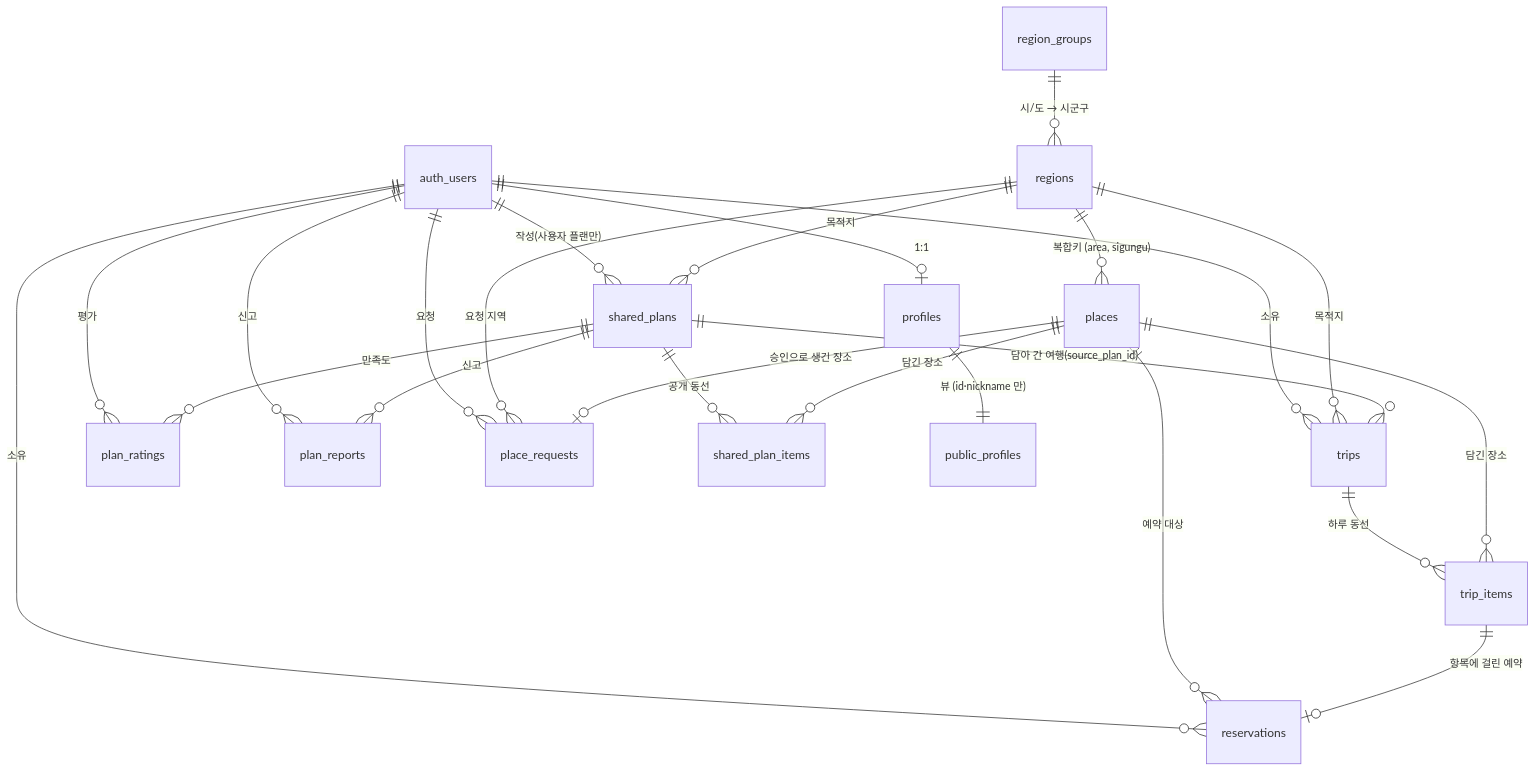
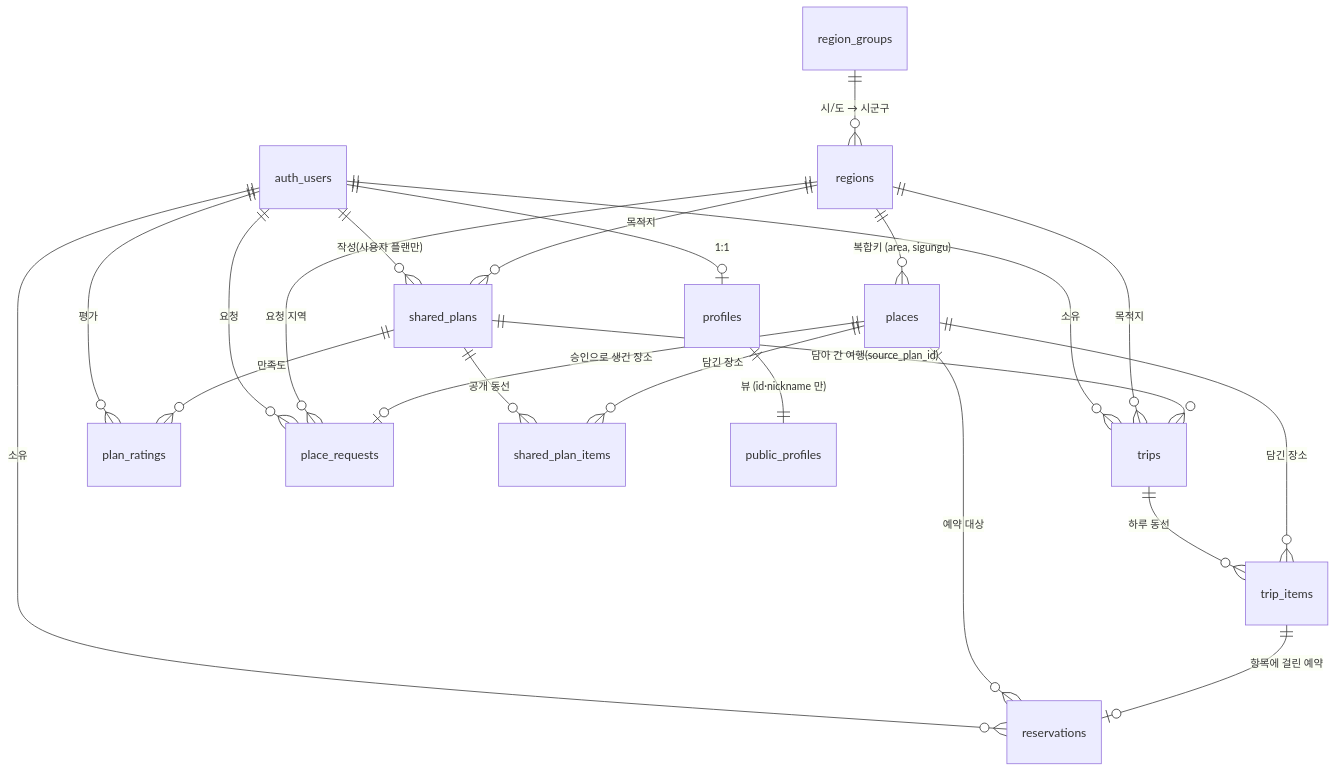
Before and after one commit to wisecomm/oneday-trip: the diagram in supabase/DATA-MODEL.md, drawn with Mermaid. The commit also changed other lines of this file and 9 other files, not shown here.

````diff
--- a/supabase/DATA-MODEL.md
+++ b/supabase/DATA-MODEL.md
@@ -18,30 +18,28 @@
 ```mermaid
 erDiagram
     auth_users ||--o| profiles : "1:1"
     auth_users ||--o{ trips : "소유"
     auth_users ||--o{ reservations : "소유"
     auth_users ||--o{ shared_plans : "작성(사용자 플랜만)"
     auth_users ||--o{ plan_ratings : "평가"
-    auth_users ||--o{ plan_reports : "신고"
     auth_users ||--o{ place_requests : "요청"
 
     region_groups ||--o{ regions : "시/도 → 시군구"
     regions ||--o{ places : "복합키 (area, sigungu)"
     regions ||--o{ trips : "목적지"
     regions ||--o{ shared_plans : "목적지"
     regions ||--o{ place_requests : "요청 지역"
 
     trips ||--o{ trip_items : "하루 동선"
     places ||--o{ trip_items : "담긴 장소"
     places ||--o{ reservations : "예약 대상"
     trip_items ||--o| reservations : "항목에 걸린 예약"
 
     shared_plans ||--o{ shared_plan_items : "공개 동선"
     places ||--o{ shared_plan_items : "담긴 장소"
     shared_plans ||--o{ plan_ratings : "만족도"
-    shared_plans ||--o{ plan_reports : "신고"
     shared_plans ||--o{ trips : "담아 간 여행(source_plan_id)"
     places ||--o| place_requests : "승인으로 생긴 장소"
 
     profiles ||--|| public_profiles : "뷰 (id·nickname 만)"
 ```
````
